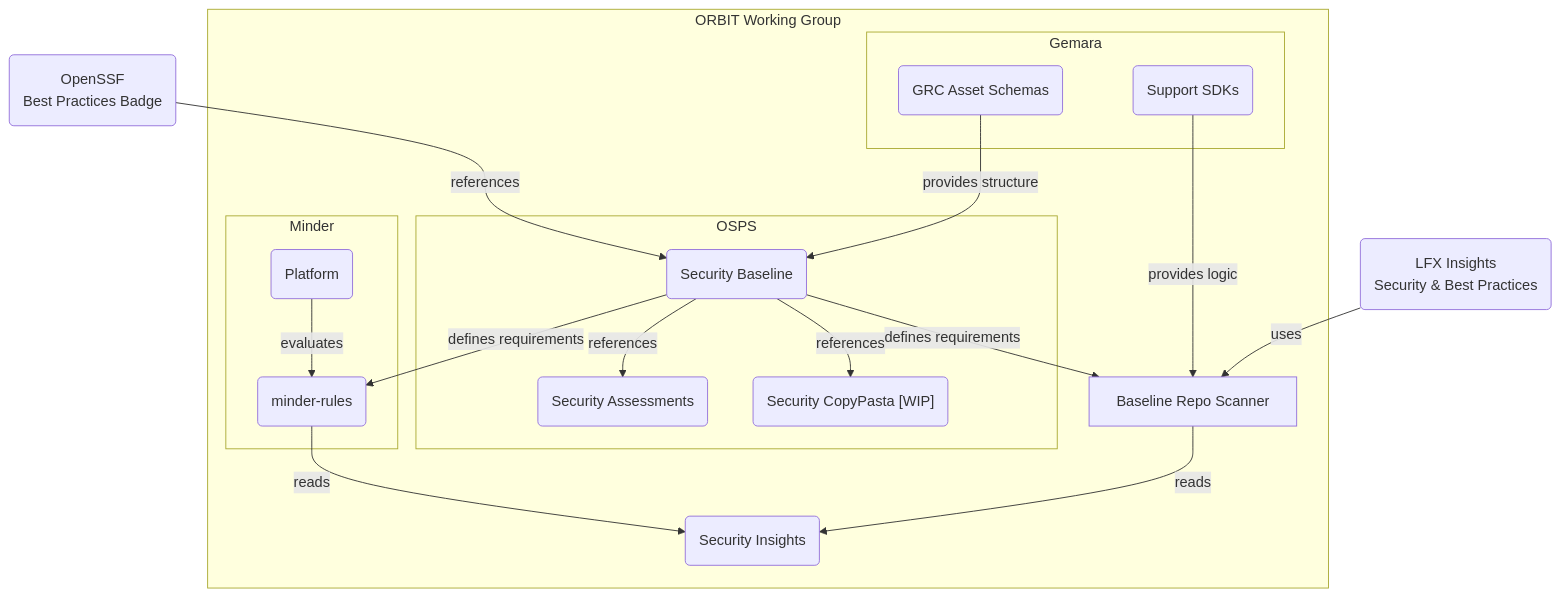
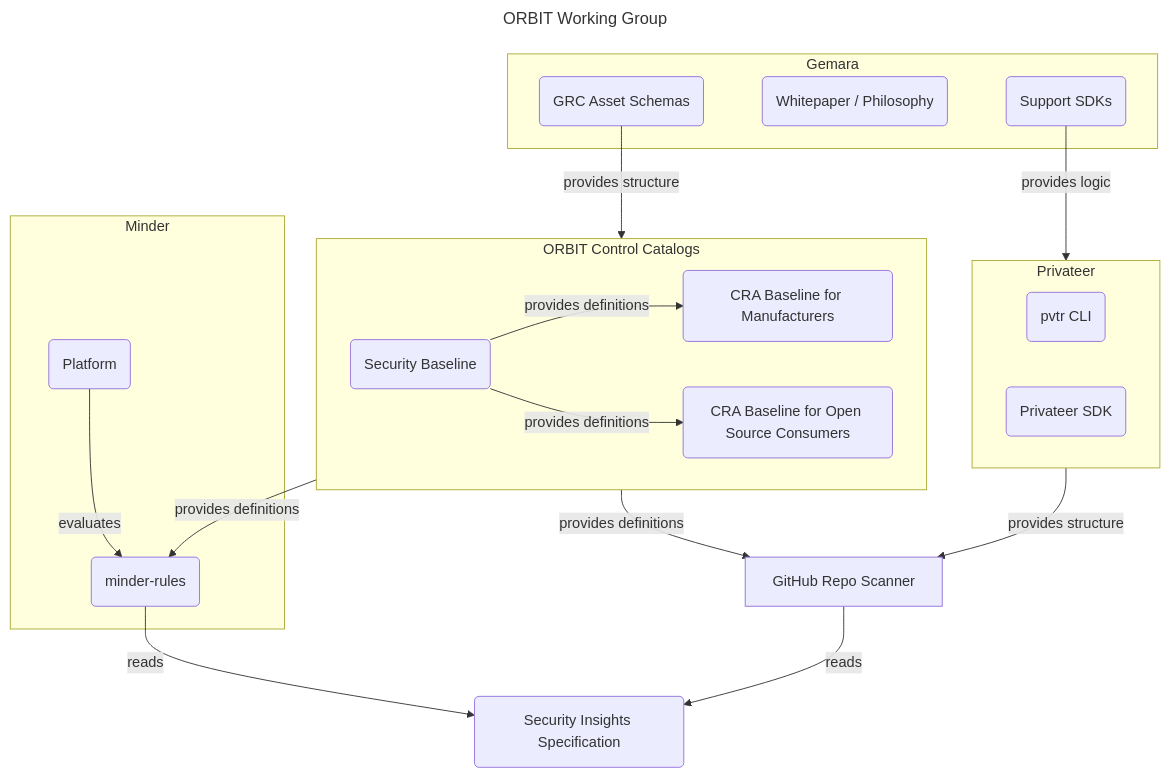
Before and after one commit to ossf/wg-orbit: the diagram in README.md, drawn with Mermaid.

Commit message:
Update ORBIT Working Group flowchart in README

````diff
--- a/README.md
+++ b/README.md
@@ -28,53 +28,52 @@
 ```mermaid
+---
+title: ORBIT Working Group
+---
 flowchart TD
 
-    BPB(OpenSSF
-    Best Practices Badge)
-    LFXInsights(LFX Insights
-    Security & Best Practices)
-
-    subgraph ORBIT Working Group
-
-        subgraph OSPS
-            Assessments(Security Assessments)
-            CopyPasta("Security CopyPasta [WIP]")
-            Baseline(Security Baseline)
-        end
-
-        subgraph Gemara
-            GemaraSDK(Support SDKs)
-            GemaraSchemas(GRC Asset Schemas)
-        end
-
-        SecurityInsights(Security Insights)
-        subgraph Minder
-        MinderPlatform(Platform)
-        minder-rules(minder-rules)
-        end
-
-        pvtr[ Baseline Repo Scanner]
-        click pvtr "https://github.com/revanite-io/pvtr-github-repo?tab=readme-ov-file#readme"
-
+    subgraph OCC[ORBIT Control Catalogs]
+        Baseline(Security Baseline)
+        CRABFOMA(CRA Baseline for Manufacturers)
+        CRABFOSC(CRA Baseline for Open Source Consumers)
     end
 
-    BPB -->| references | Baseline
-    Baseline --> | references | Assessments & CopyPasta
+    subgraph Gemara
+        GemaraSDK(Support SDKs)
+        Whitepaper(Whitepaper / Philosophy)
+        GemaraSchemas(GRC Asset Schemas)
+    end
+
+    SecurityInsights(Security Insights Specification)
+
+    subgraph Minder
+        minder-rules(minder-rules)
+        MinderPlatform(Platform)
+    end
+
+    subgraph Privateer
+        pvtr(pvtr CLI)
+        pvtrSDK(Privateer SDK)
+    end
+
+    BaselineScanner[GitHub Repo Scanner]
+    click BaselineScanner "https://github.com/revanite-io/pvtr-github-repo?tab=readme-ov-file#readme"
+
+    Baseline --> | provides definitions |CRABFOMA & CRABFOSC
+    OCC --> | provides definitions | BaselineScanner & minder-rules
     MinderPlatform -->|evaluates| minder-rules
+    Privateer -->| provides structure| BaselineScanner
     minder-rules -->|reads| SecurityInsights
-    GemaraSchemas -->| provides structure| Baseline
-    pvtr -->|reads | SecurityInsights
-    GemaraSDK -->|provides logic |pvtr
-    LFXInsights -->|uses |pvtr
-    Baseline -->| defines requirements | pvtr & minder-rules
+    GemaraSchemas -->| provides structure| OCC
+    BaselineScanner -->|reads | SecurityInsights
+    GemaraSDK -->|provides logic |Privateer
 
     click LFXInsights "https://insights.linuxfoundation.org/"
-    click Assessments "https://github.com/ossf/security-assessments?tab=readme-ov-file#readme"
     click Baseline "https://baseline.openssf.org"
     click BPB "https://openssf.org/projects/best-practices-badge/"
     click GemaraSDK "https://gemara.openssf.org/implementation/#go-sdk"
     click GemaraSchemas "https://gemara.openssf.org/implementation/#layer-schemas"
     click GemaraLexicon "https://gemara.openssf.org/lexicon/"
     click SecurityInsights "https://github.com/ossf/security-insights?tab=readme-ov-file#readme"
     click MinderPlatform "https://github.com/mindersec/minder?tab=readme-ov-file#readme"
     click minder-rules "https://github.com/mindersec/minder-rules-and-profiles?tab=readme-ov-file#readme"
 ```
````
